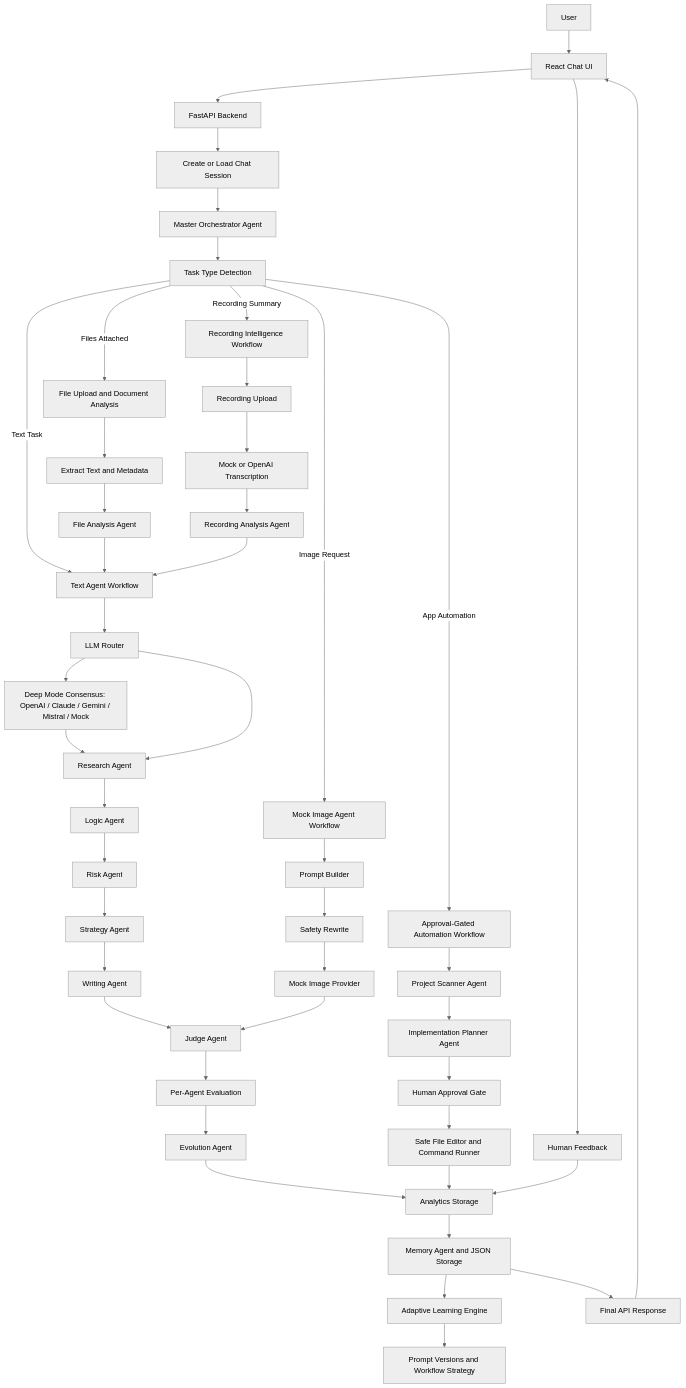
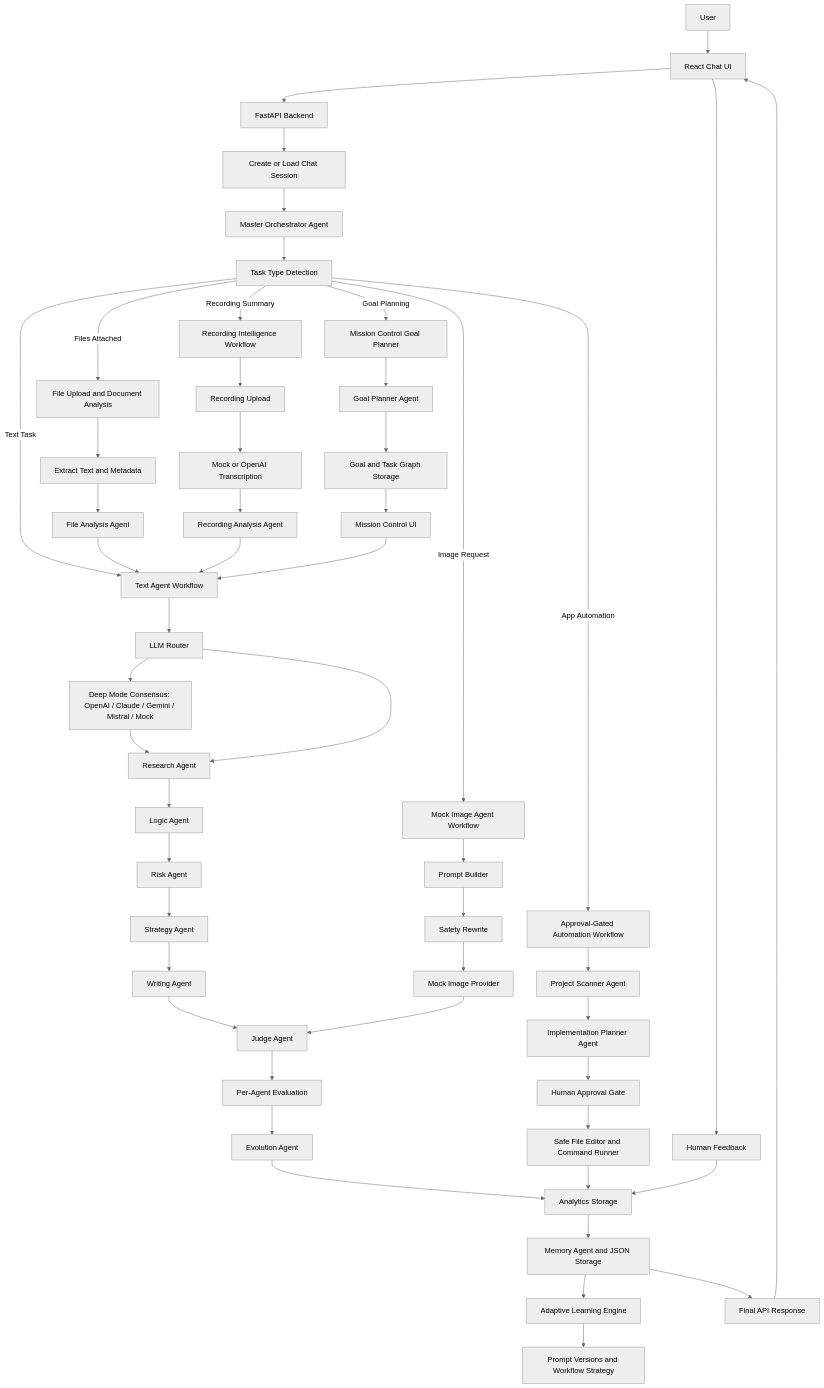
Before and after one commit to manit0700/evolveagent-ai: the diagram in README.md, drawn with Mermaid (neutral theme). The commit also changed other lines of this file and 19 other files, not shown here.

Commit message:
Add EvolveAgent AI v2.5 mission control

````diff
--- a/README.md
+++ b/README.md
@@ -76,55 +85,60 @@
 ```mermaid
 flowchart TD
     U[User] --> UI[React Chat UI]
     UI --> API[FastAPI Backend]
     API --> Session[Create or Load Chat Session]
     Session --> Master[Master Orchestrator Agent]
     Master --> Detect[Task Type Detection]
 
     Detect -->|Text Task| TextFlow[Text Agent Workflow]
     Detect -->|Files Attached| FileFlow[File Upload and Document Analysis]
     Detect -->|Image Request| ImageFlow[Mock Image Agent Workflow]
     Detect -->|App Automation| AutoFlow[Approval-Gated Automation Workflow]
     Detect -->|Recording Summary| RecordingFlow[Recording Intelligence Workflow]
+    Detect -->|Goal Planning| GoalFlow[Mission Control Goal Planner]
 
     FileFlow --> Extract[Extract Text and Metadata]
     Extract --> FileAgent[File Analysis Agent]
     FileAgent --> TextFlow
 
     TextFlow --> Router[LLM Router]
     Router --> Consensus[Deep Mode Consensus: OpenAI / Claude / Gemini / Mistral / Mock]
     Consensus --> Research[Research Agent]
     Router --> Research
     Research --> Logic[Logic Agent]
     Logic --> Risk[Risk Agent]
     Risk --> Strategy[Strategy Agent]
     Strategy --> Writing[Writing Agent]
     Writing --> Judge[Judge Agent]
     Judge --> AgentEval[Per-Agent Evaluation]
     AgentEval --> Evolution[Evolution Agent]
     Evolution --> Analytics[Analytics Storage]
 
     ImageFlow --> Prompt[Prompt Builder]
     Prompt --> Safety[Safety Rewrite]
     Safety --> MockImage[Mock Image Provider]
     MockImage --> Judge
 
     AutoFlow --> Scanner[Project Scanner Agent]
     Scanner --> Planner[Implementation Planner Agent]
     Planner --> Approval[Human Approval Gate]
     Approval --> SafeTools[Safe File Editor and Command Runner]
     SafeTools --> Analytics
 
     RecordingFlow --> RecUpload[Recording Upload]
     RecUpload --> Transcribe[Mock or OpenAI Transcription]
     Transcribe --> RecAgent[Recording Analysis Agent]
     RecAgent --> TextFlow
+    GoalFlow --> GoalPlanner[Goal Planner Agent]
+    GoalPlanner --> GoalStore[Goal and Task Graph Storage]
+    GoalStore --> MissionUI[Mission Control UI]
+    MissionUI --> TextFlow
 
     Analytics --> Memory[Memory Agent and JSON Storage]
     Memory --> Learning[Adaptive Learning Engine]
     Learning --> PromptVersions[Prompt Versions and Workflow Strategy]
     Memory --> Response[Final API Response]
     Response --> UI
     UI --> Feedback[Human Feedback]
     Feedback --> Analytics
 ```
````
